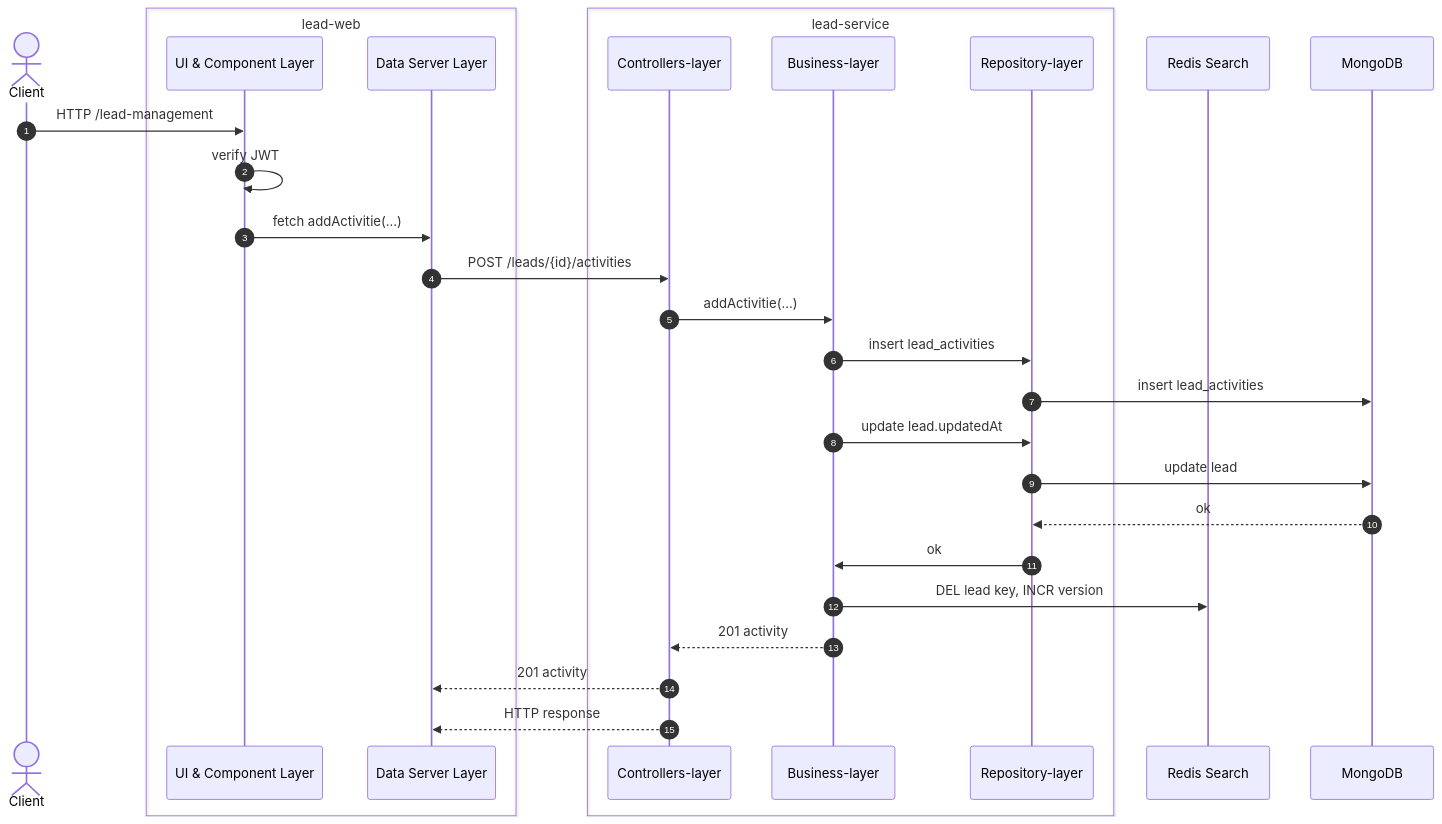
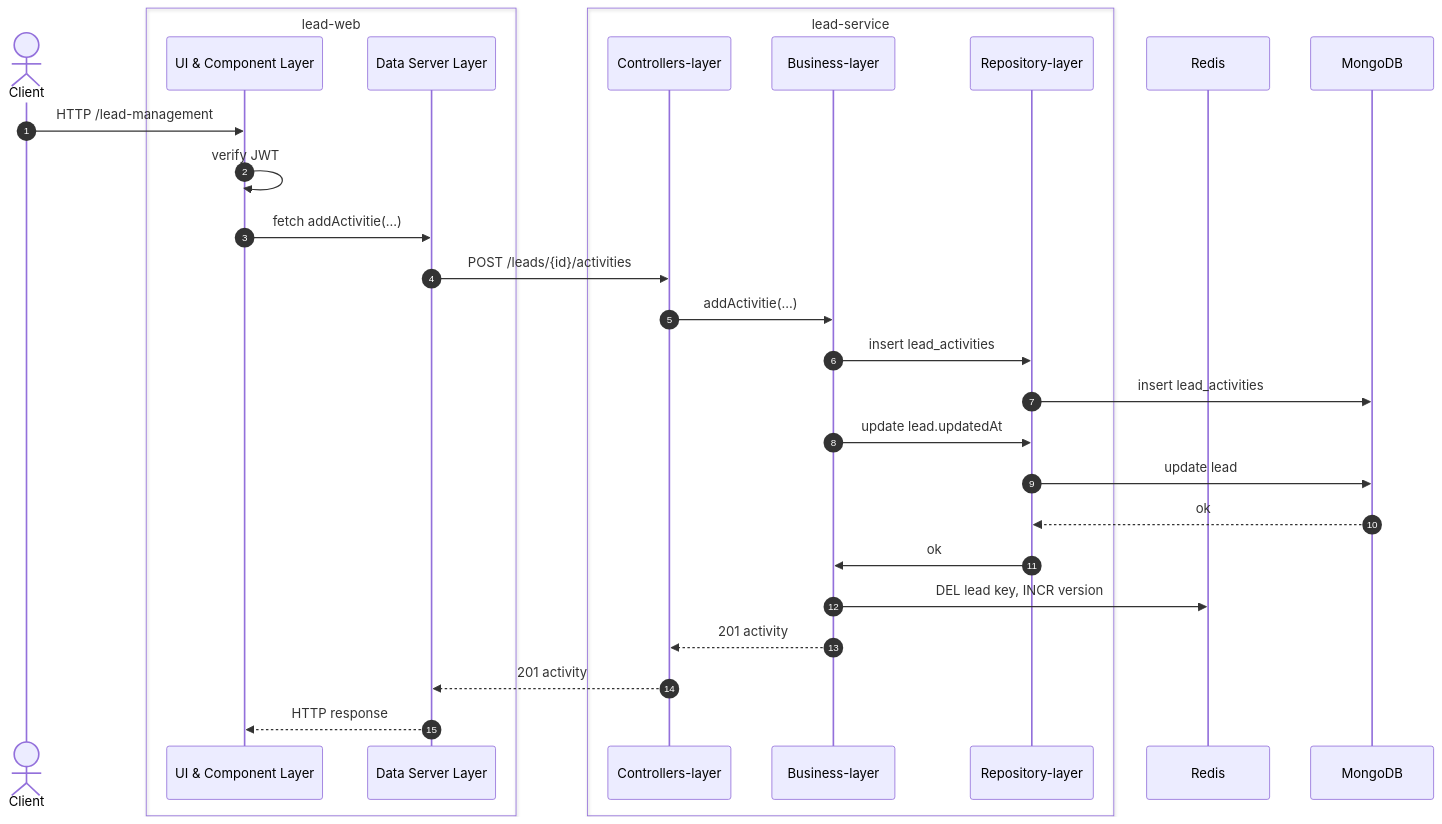
Before and after one commit to quocthuanth92/lead-management-tool: the fourth of 5 diagrams in docs/system-design-architecture.md, drawn with Mermaid. The commit also changed other lines of this file and 5 other files, not shown here.

````diff
--- a/docs/system-design-architecture.md
+++ b/docs/system-design-architecture.md
@@ -191,31 +192,31 @@
 ```mermaid
 sequenceDiagram  
     autonumber
     actor C as Client
     box lead-web
     participant ULW as UI & Component Layer 
     participant DLW as Data Server Layer
     end
     box lead-service
     participant CL as Controllers-layer  
     participant BL as Business-layer
     participant RL as Repository-layer 
     end
-    participant R as Redis Search
+    participant R as Redis 
     participant M as MongoDB  
     C->>ULW: HTTP /lead-management      
     ULW->>ULW: verify JWT
     ULW->>DLW: fetch addActivitie(...)
     DLW->>CL: POST /leads/{id}/activities  
     CL->>BL: addActivitie(...)  
     BL->>RL: insert lead_activities    
     RL->>M: insert lead_activities
     BL->>RL: update lead.updatedAt  
     RL->>M: update lead
     M-->>RL: ok
     RL->>BL: ok
     BL->>R: DEL lead key, INCR version
     BL-->>CL: 201 activity  
     CL-->>DLW: 201 activity  
-    CL-->>DLW: HTTP response
-```
+    DLW-->>ULW: HTTP response     
+``` 
````
